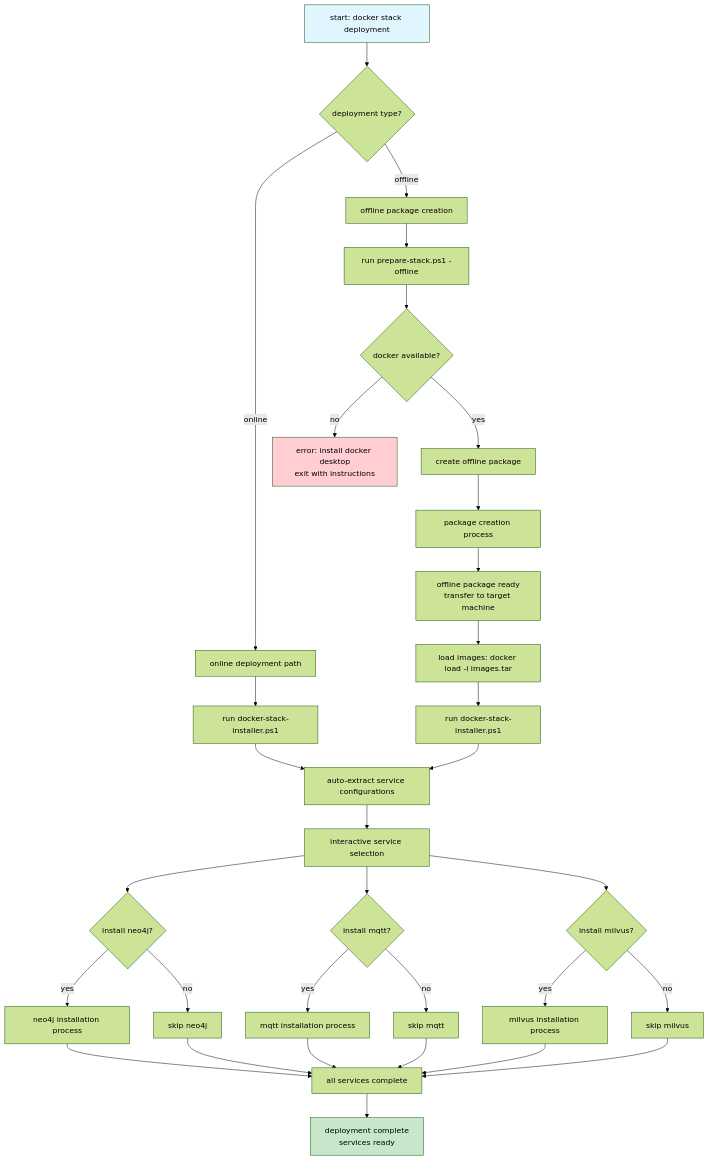
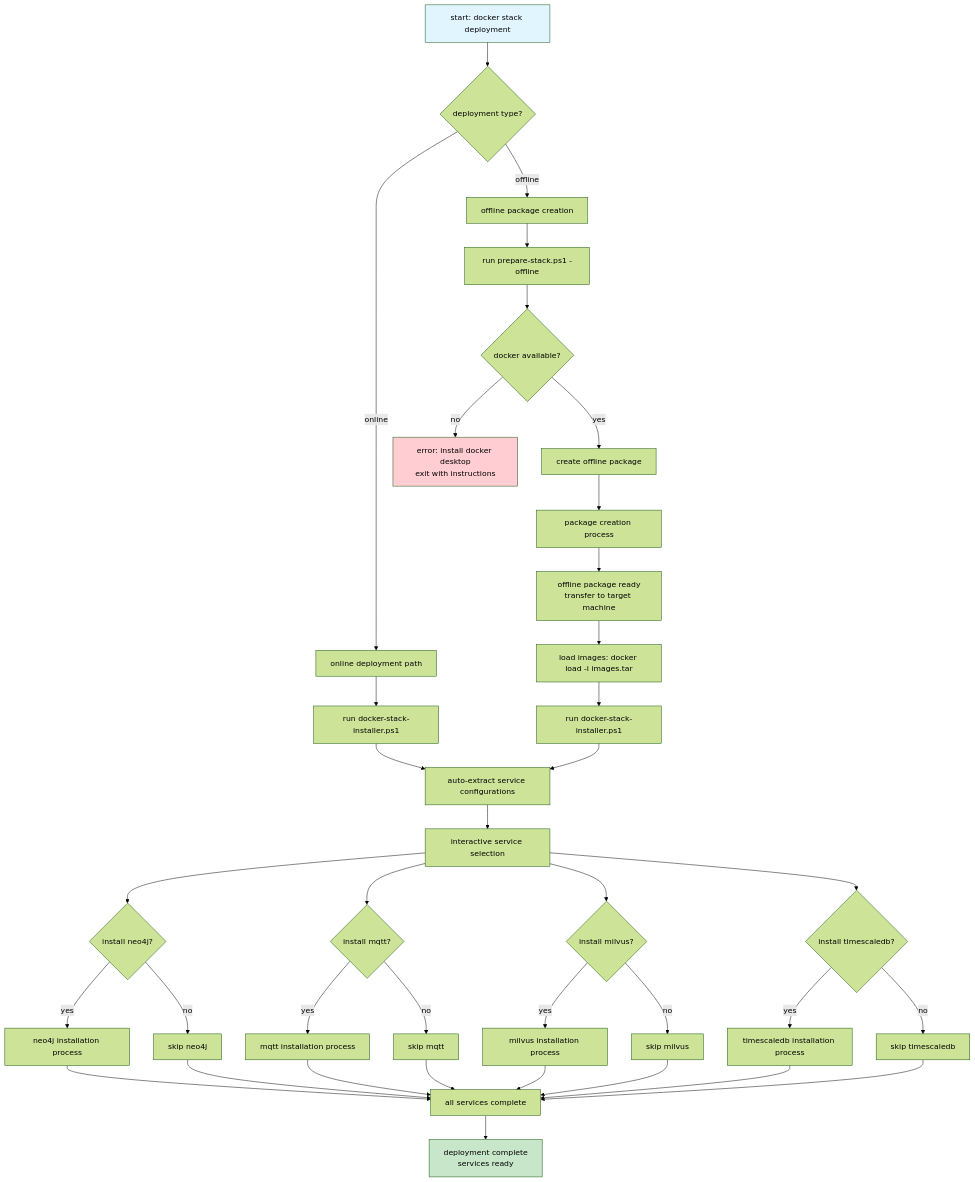
One commit to XMPro/Multi-Agent changed the first of 7 diagrams in docs/installation/docker/complete-deployment-flowchart.md. Above: the diagram before and after it, drawn with Mermaid (forest theme). The commit also changed other lines of this file and 14 other files, not shown here.

````diff
--- a/docs/installation/docker/complete-deployment-flowchart.md
+++ b/docs/installation/docker/complete-deployment-flowchart.md
@@ -7,50 +7,55 @@
 ```mermaid
 flowchart TD
     A[start: docker stack deployment] --> B{deployment type?}
     
     B -->|online| C[online deployment path]
     B -->|offline| D[offline package creation]
     
     %% online deployment path
     C --> E[run docker-stack-installer.ps1]
     E --> F[auto-extract service configurations]
     F --> G[interactive service selection]
     
     %% offline package creation path
     D --> H[run prepare-stack.ps1 -offline]
     H --> I{docker available?}
     I -->|no| J[error: install docker desktop<br/>exit with instructions]
     I -->|yes| K[create offline package]
     
     K --> L[package creation process]
     L --> M[offline package ready<br/>transfer to target machine]
     M --> N[load images: docker load -i images.tar]
     N --> O[run docker-stack-installer.ps1]
     O --> F
     
     %% service selection and installation
     G --> P{install neo4j?}
     G --> Q{install mqtt?}
     G --> R{install milvus?}
+    G --> S{install timescaledb?}
     
-    P -->|yes| S[neo4j installation process]
-    Q -->|yes| T[mqtt installation process]
-    R -->|yes| U[milvus installation process]
+    P -->|yes| T[neo4j installation process]
+    Q -->|yes| U[mqtt installation process]
+    R -->|yes| V[milvus installation process]
+    S -->|yes| W[timescaledb installation process]
     
-    P -->|no| V[skip neo4j]
-    Q -->|no| W[skip mqtt]
-    R -->|no| X[skip milvus]
+    P -->|no| X[skip neo4j]
+    Q -->|no| Y[skip mqtt]
+    R -->|no| Z[skip milvus]
+    S -->|no| AA[skip timescaledb]
     
-    S --> Y[all services complete]
-    T --> Y
-    U --> Y
-    V --> Y
-    W --> Y
-    X --> Y
+    T --> AB[all services complete]
+    U --> AB
+    V --> AB
+    W --> AB
+    X --> AB
+    Y --> AB
+    Z --> AB
+    AA --> AB
     
-    Y --> Z[deployment complete<br/>services ready]
+    AB --> AC[deployment complete<br/>services ready]
     
     style A fill:#e1f5fe
-    style Z fill:#c8e6c9
+    style AC fill:#c8e6c9
     style J fill:#ffcdd2
 ```
````
